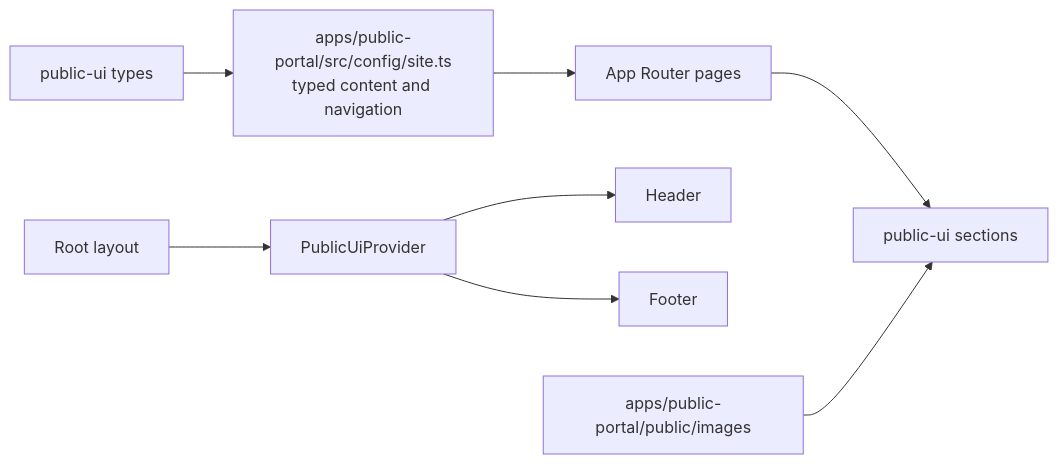
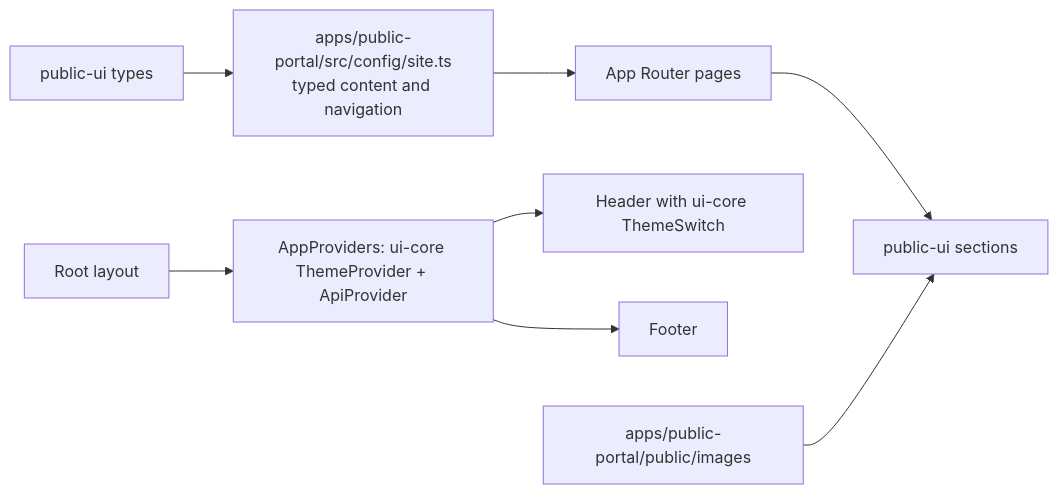
Before and after one commit to chukwuemekanweke/nextjs-project-template: the diagram in docs/architecture/04-public-portal-architecture.md, drawn with Mermaid. The commit also changed other lines of this file and 49 other files, not shown here.

````diff
--- a/docs/architecture/04-public-portal-architecture.md
+++ b/docs/architecture/04-public-portal-architecture.md
@@ -11,10 +11,10 @@
 ```mermaid
 flowchart LR
   config[apps/public-portal/src/config/site.ts\ntyped content and navigation] --> pages[App Router pages]
   types[public-ui types] --> config
   pages --> sections[public-ui sections]
-  layout[Root layout] --> provider[PublicUiProvider]
-  provider --> header[Header]
+  layout[Root layout] --> provider[AppProviders: ui-core ThemeProvider + ApiProvider]
+  provider --> header[Header with ui-core ThemeSwitch]
   provider --> footer[Footer]
   assets[apps/public-portal/public/images] --> sections
 ```
````
